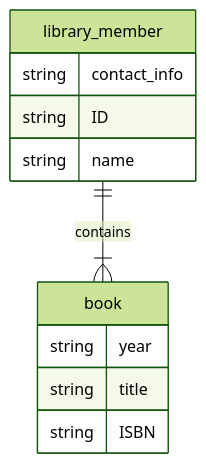
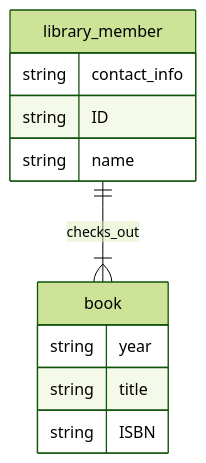
One commit to cmsc-vcu/cmsc508-fa2023-hw2-camslam13 changed the second of 2 diagrams in hw2/README.qmd. Above: the diagram before and after it, drawn with Mermaid (forest theme). The commit also changed 1 other file, not shown here.

Commit message:
my first commit to this repo

````diff
--- a/hw2/README.qmd
+++ b/hw2/README.qmd
@@ -46,18 +46,18 @@
 ```{mermaid}
 %%| echo: true
 %%| eval: false
 erDiagram
-library_member ||--|{ book : contains
+library_member ||--|{ book : checks_out
 
 library_member{
   string contact_info
   string ID
   string name
 }
 
 book {
   string year
   string title
   string ISBN
 }
 ```
````
